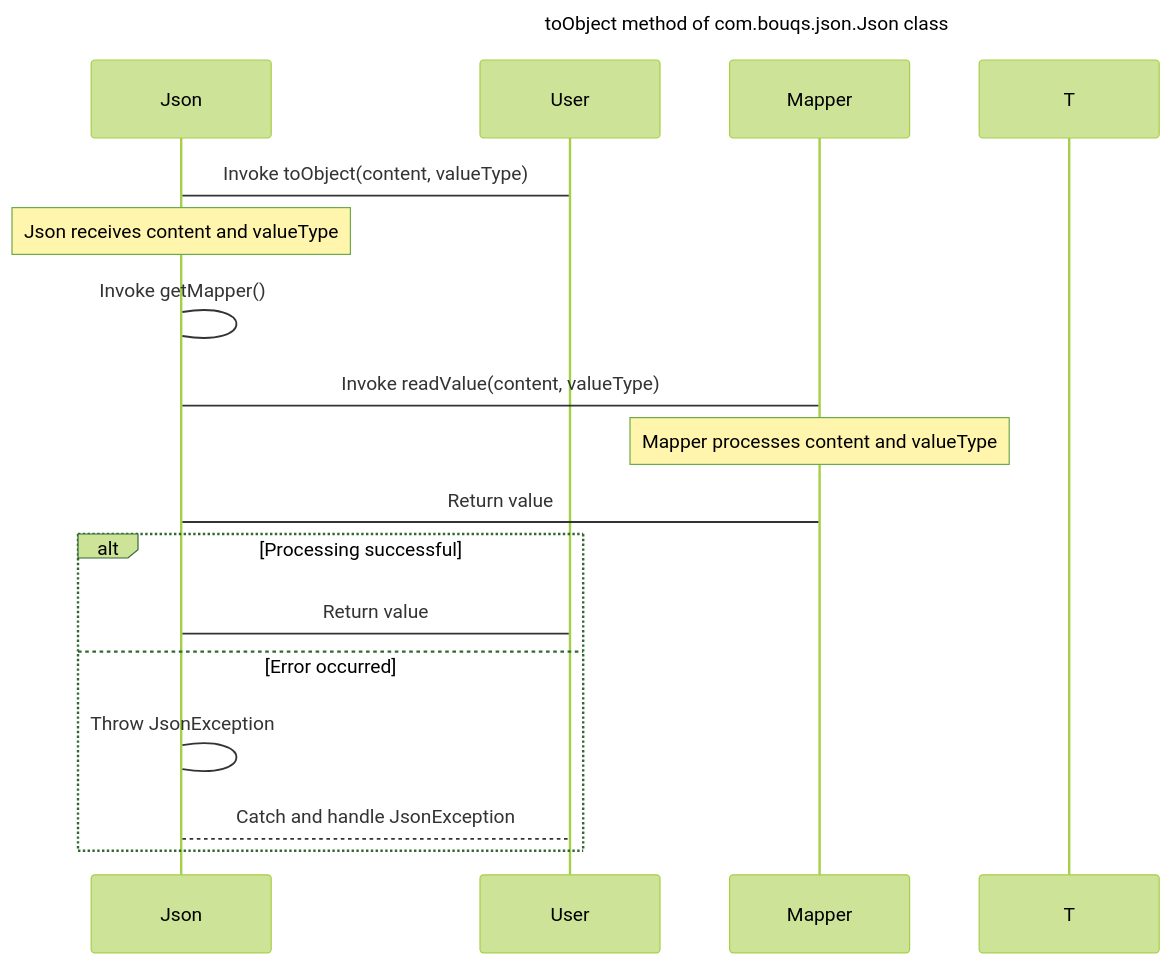
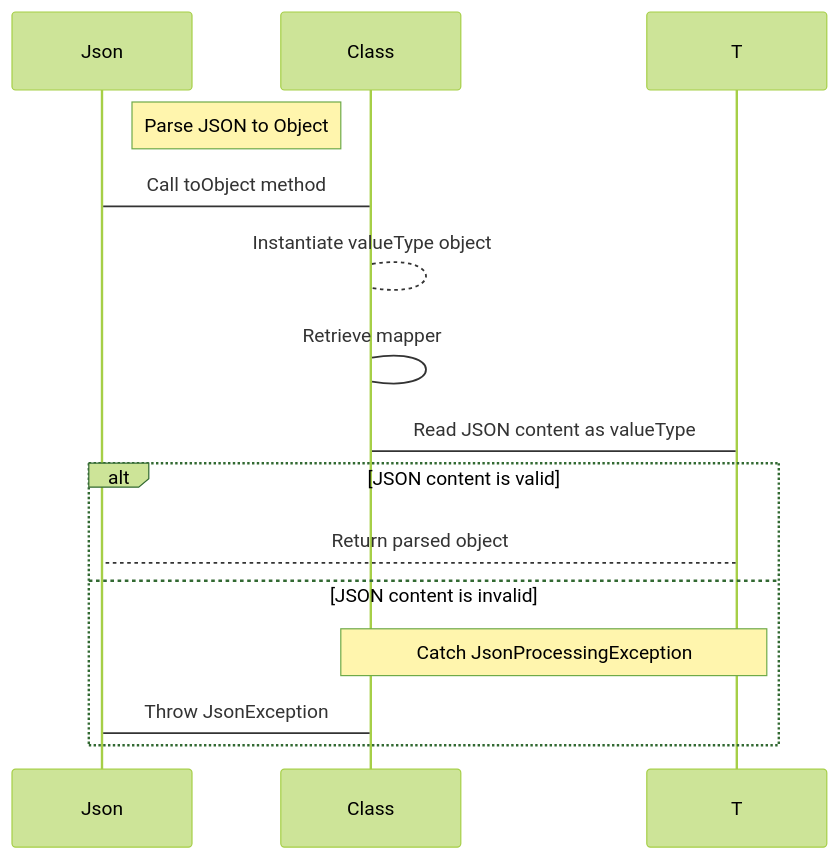
Before and after one commit to RichardHightower/java2csv: the diagram in out/mermaid/com_bouqs_json_Json_toObject.mmd, drawn with Mermaid (forest theme). The commit also changed 24 other files, not shown here.

```diff
--- a/out/mermaid/com_bouqs_json_Json_toObject.mmd
+++ b/out/mermaid/com_bouqs_json_Json_toObject.mmd
@@ -1,20 +1,16 @@
 sequenceDiagram
-    title toObject method of com.bouqs.json.Json class
+    participant Json
+    participant Class
+    participant T
 
-    participant Json
-    participant User
-    participant Mapper
-    participant T
-    
-    User->Json: Invoke toObject(content, valueType)
-    Note over Json: Json receives content and valueType
-    Json->Json: Invoke getMapper()
-    Json->Mapper: Invoke readValue(content, valueType)
-    Note over Mapper: Mapper processes content and valueType
-    Mapper->Json: Return value
-    alt Processing successful
-        Json->User: Return value
-    else Error occurred
-        Json->Json: Throw JsonException
-        Json-->User: Catch and handle JsonException
+    Note right of Json: Parse JSON to Object
+    Json->Class: Call toObject method
+    Class-->Class: Instantiate valueType object
+    Class->Class: Retrieve mapper
+    Class->T: Read JSON content as valueType
+    alt JSON content is valid
+        T-->Json: Return parsed object
+    else JSON content is invalid
+        Note over Class, T: Catch JsonProcessingException
+        Class->Json: Throw JsonException
     end
```
